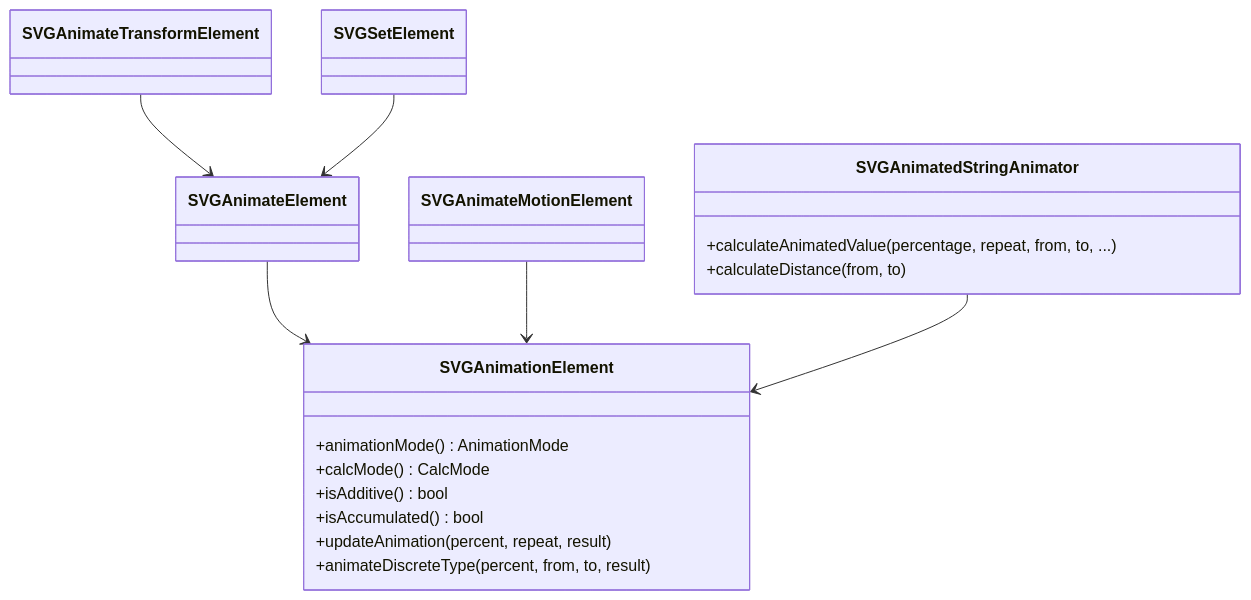
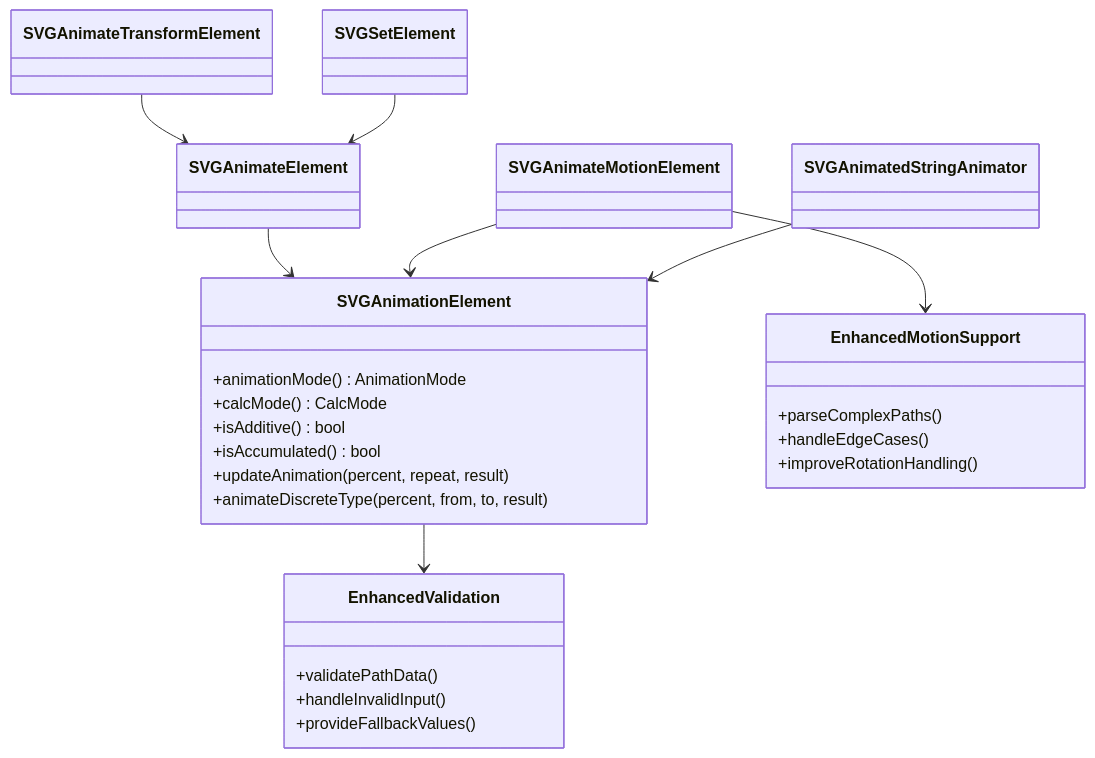
Before and after one commit to denisnadey/flutter_full_svg_support: the sixth of 11 diagrams in .qoder/repowiki/en/content/Animated SVG Support/SMIL Animation Specification/SMIL Animation Specification.md, drawn with Mermaid. The commit also changed other lines of this file and 20 other files, not shown here.

First line of the commit message:
feat(svg): implement comprehensive event handling with pointer and gesture support

````diff
--- a/.qoder/repowiki/en/content/Animated SVG Support/SMIL Animation Specification/SMIL Animation Specification.md
+++ b/.qoder/repowiki/en/content/Animated SVG Support/SMIL Animation Specification/SMIL Animation Specification.md
@@ -285,24 +355,28 @@
 ```mermaid
 classDiagram
 class SVGAnimationElement {
 +animationMode() AnimationMode
 +calcMode() CalcMode
 +isAdditive() bool
 +isAccumulated() bool
 +updateAnimation(percent, repeat, result)
 +animateDiscreteType(percent, from, to, result)
 }
-class SVGAnimateElement
-class SVGAnimateTransformElement
-class SVGAnimateMotionElement
-class SVGSetElement
-class SVGAnimatedStringAnimator {
-+calculateAnimatedValue(percentage, repeat, from, to, ...)
-+calculateDistance(from, to)
+class EnhancedValidation {
++validatePathData()
++handleInvalidInput()
++provideFallbackValues()
+}
+class EnhancedMotionSupport {
++parseComplexPaths()
++handleEdgeCases()
++improveRotationHandling()
 }
 SVGAnimateElement --> SVGAnimationElement
 SVGAnimateTransformElement --> SVGAnimateElement
 SVGAnimateMotionElement --> SVGAnimationElement
 SVGSetElement --> SVGAnimateElement
 SVGAnimatedStringAnimator --> SVGAnimationElement
+SVGAnimationElement --> EnhancedValidation
+SVGAnimateMotionElement --> EnhancedMotionSupport
 ```
````
